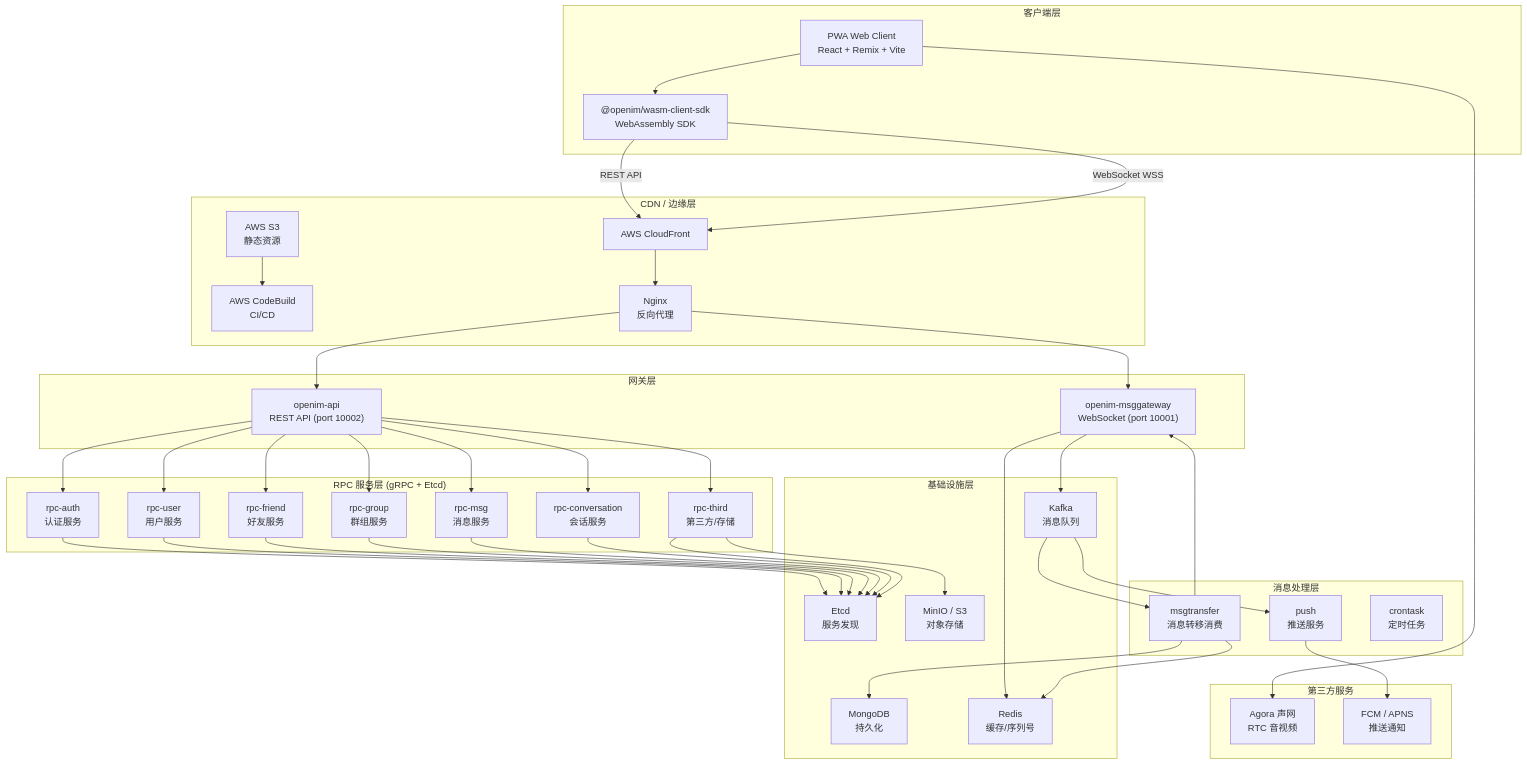
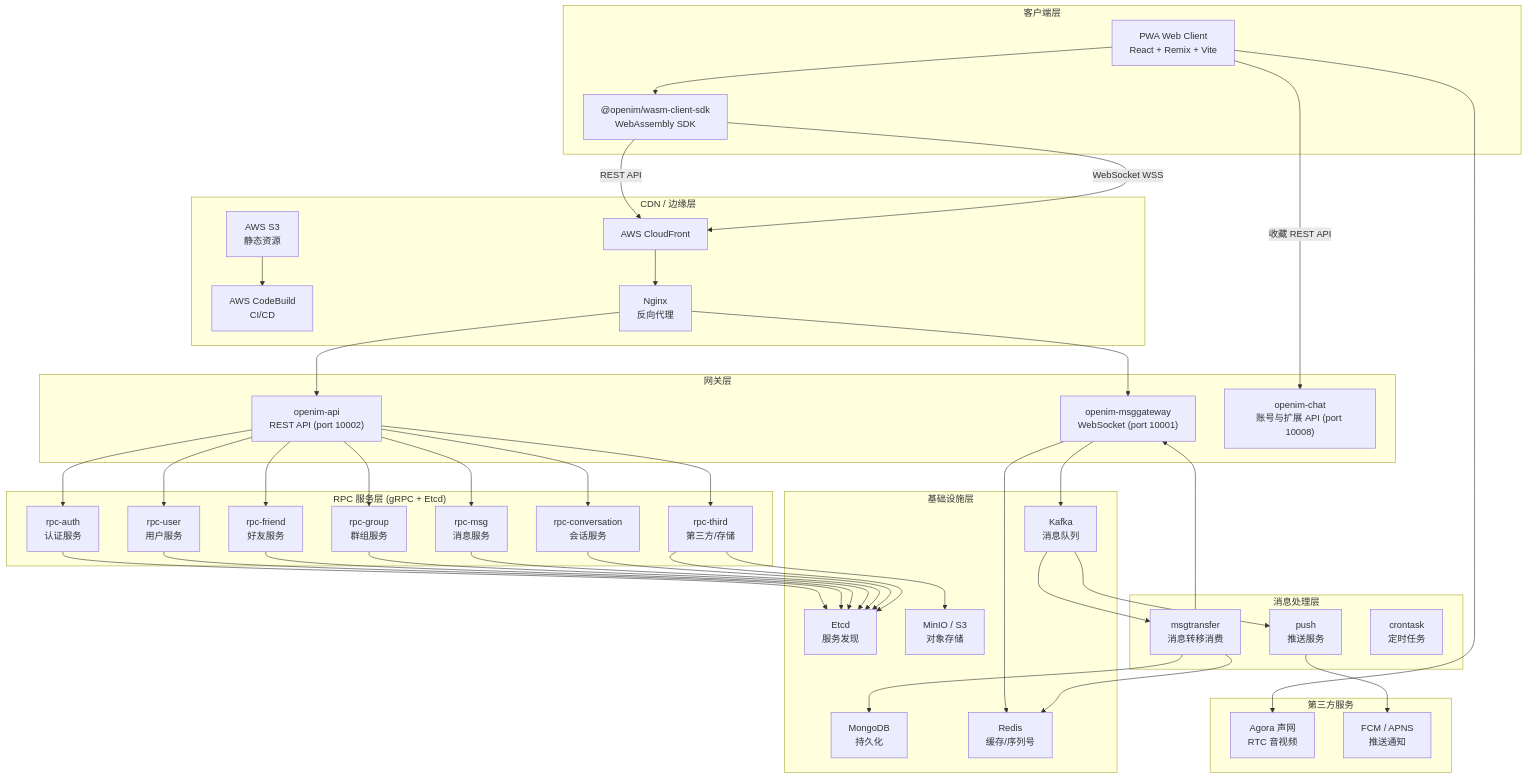
Before and after one commit to ziying406-hub/chat: the first of 4 diagrams in docs/technical-document.md, drawn with Mermaid. The commit also changed other lines of this file and 1 other file, not shown here.

````diff
--- a/docs/technical-document.md
+++ b/docs/technical-document.md
@@ -17,68 +17,70 @@
 ```mermaid
 graph TB
     subgraph "客户端层"
         PWA["PWA Web Client<br/>React + Remix + Vite"]
         SDK["@openim/wasm-client-sdk<br/>WebAssembly SDK"]
     end
 
     subgraph "CDN / 边缘层"
         CF["AWS CloudFront"]
         S3["AWS S3<br/>静态资源"]
         CB["AWS CodeBuild<br/>CI/CD"]
         NGINX["Nginx<br/>反向代理"]
     end
 
     subgraph "网关层"
         API["openim-api<br/>REST API (port 10002)"]
         WS["openim-msggateway<br/>WebSocket (port 10001)"]
+        CHAT["openim-chat<br/>账号与扩展 API (port 10008)"]
     end
 
     subgraph "RPC 服务层 (gRPC + Etcd)"
         AUTH["rpc-auth<br/>认证服务"]
         USER["rpc-user<br/>用户服务"]
         FRIEND["rpc-friend<br/>好友服务"]
         GROUP["rpc-group<br/>群组服务"]
         MSG["rpc-msg<br/>消息服务"]
         CONV["rpc-conversation<br/>会话服务"]
         THIRD["rpc-third<br/>第三方/存储"]
     end
 
     subgraph "消息处理层"
         TRANSFER["msgtransfer<br/>消息转移消费"]
         PUSH["push<br/>推送服务"]
         CRON["crontask<br/>定时任务"]
     end
 
     subgraph "基础设施层"
         MONGO["MongoDB<br/>持久化"]
         REDIS["Redis<br/>缓存/序列号"]
         KAFKA["Kafka<br/>消息队列"]
         ETCD["Etcd<br/>服务发现"]
         MINIO["MinIO / S3<br/>对象存储"]
     end
 
     subgraph "第三方服务"
         AGORA["Agora 声网<br/>RTC 音视频"]
         FCM["FCM / APNS<br/>推送通知"]
     end
 
     PWA --> SDK
     SDK -->|REST API| CF
     SDK -->|WebSocket WSS| CF
     CF --> NGINX
     NGINX --> API
     NGINX --> WS
+    PWA -->|收藏 REST API| CHAT
     API --> AUTH & USER & FRIEND & GROUP & MSG & CONV & THIRD
     AUTH & USER & FRIEND & GROUP & MSG & CONV & THIRD --> ETCD
     WS --> KAFKA
     WS --> REDIS
     KAFKA --> TRANSFER
     TRANSFER --> MONGO
     TRANSFER --> REDIS
     TRANSFER --> WS
     KAFKA --> PUSH
     PUSH --> FCM
     THIRD --> MINIO
     PWA --> AGORA
     S3 --> CB
 ```
````
